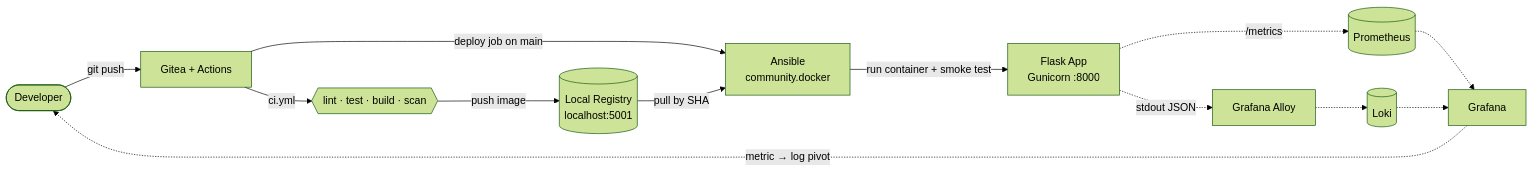
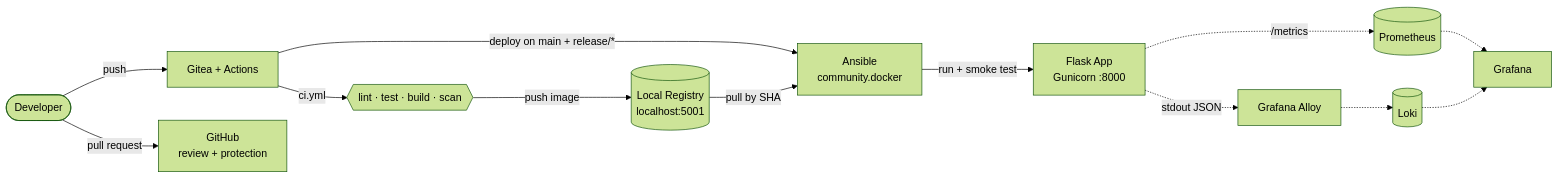
Before and after one commit to myloo23/MilanProjA-Szakdoga: the first of 2 diagrams in README.md, drawn with Mermaid (forest theme). The commit also changed other lines of this file and 26 other files, not shown here.

````diff
--- a/README.md
+++ b/README.md
@@ -29,15 +31,15 @@
 ```mermaid
 flowchart LR
-    Dev([Developer]) -->|git push| Gitea[Gitea + Actions]
+    Dev([Developer]) -->|push| Gitea[Gitea + Actions]
+    Dev -->|pull request| GH[GitHub<br/>review + protection]
     Gitea -->|ci.yml| CI{{lint · test · build · scan}}
     CI -->|push image| Reg[(Local Registry<br/>localhost:5001)]
-    Gitea -->|deploy job on main| Ansible[Ansible<br/>community.docker]
+    Gitea -->|deploy on main + release/*| Ansible[Ansible<br/>community.docker]
     Reg -->|pull by SHA| Ansible
-    Ansible -->|run container + smoke test| App[Flask App<br/>Gunicorn :8000]
+    Ansible -->|run + smoke test| App[Flask App<br/>Gunicorn :8000]
     App -.->|/metrics| Prom[(Prometheus)]
     App -.->|stdout JSON| Alloy[Grafana Alloy]
     Alloy -.-> Loki[(Loki)]
     Prom -.-> Graf[Grafana]
     Loki -.-> Graf
-    Graf -.->|metric → log pivot| Dev
 ```
````
